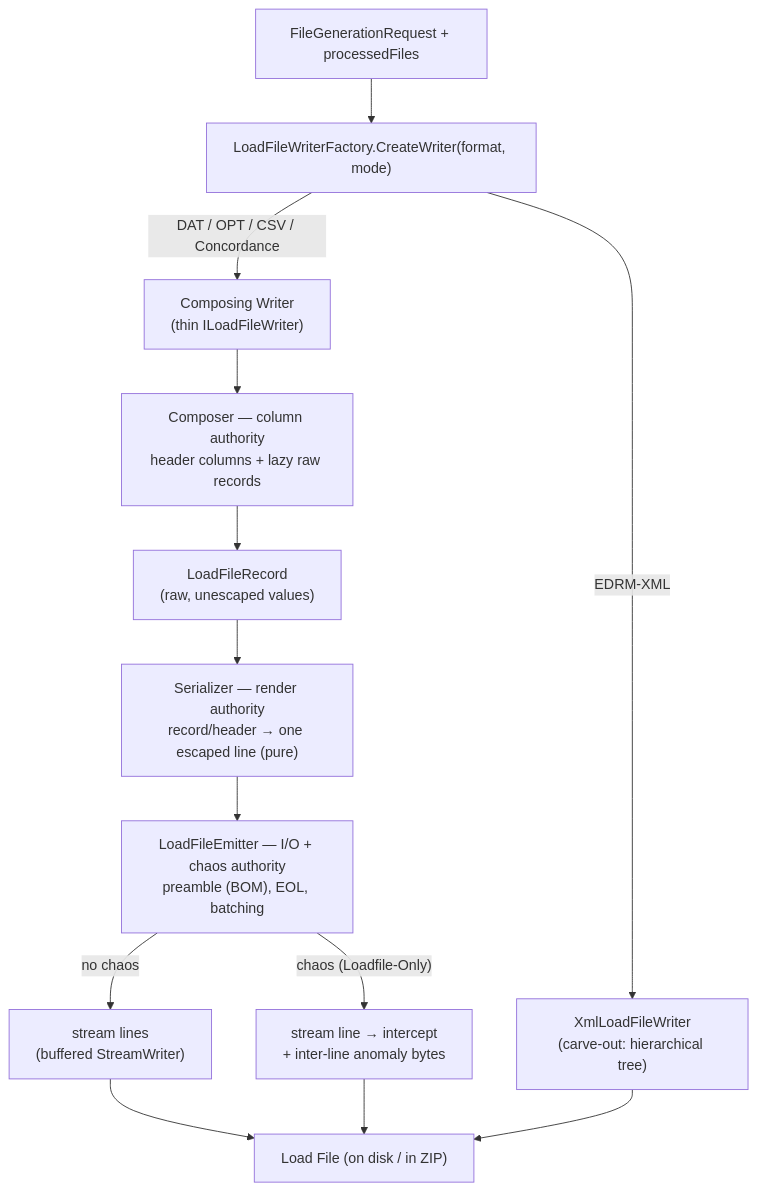
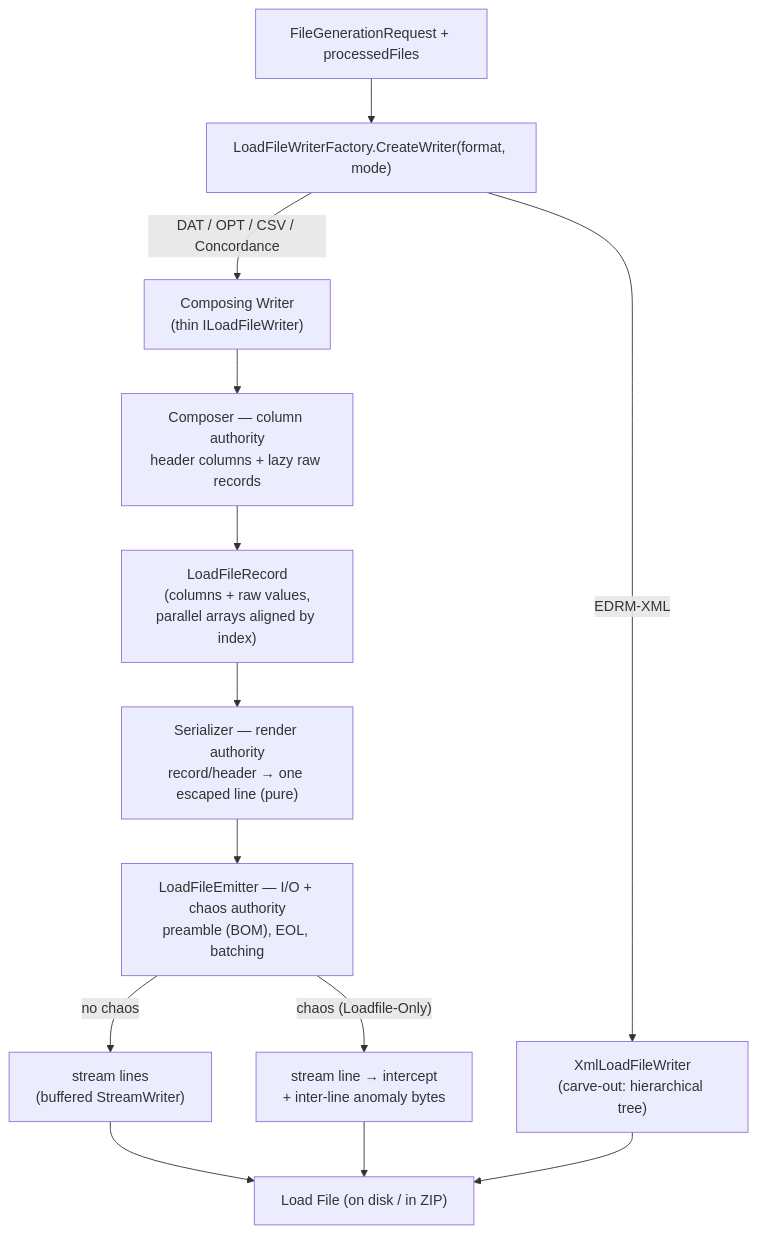
The third of 3 diagrams in docs/architecture.md (dwojtaszek/zipper), drawn with Mermaid before and after one commit. The commit also changed other lines of this file and 12 other files, not shown here.

First line of the commit message:
perf: replace per-record Dictionary with parallel arrays in LoadFileRecord

````diff
--- a/docs/architecture.md
+++ b/docs/architecture.md
@@ -164,19 +164,19 @@
 ```mermaid
 graph TD
     Req["FileGenerationRequest + processedFiles"]
     Req --> Factory["LoadFileWriterFactory.CreateWriter(format, mode)"]
     Factory -->|"DAT / OPT / CSV / Concordance"| CW["Composing Writer<br/>(thin ILoadFileWriter)"]
     Factory -->|"EDRM-XML"| XML["XmlLoadFileWriter<br/>(carve-out: hierarchical tree)"]
 
     CW --> Comp["Composer — column authority<br/>header columns + lazy raw records"]
-    Comp --> Rec["LoadFileRecord<br/>(raw, unescaped values)"]
+    Comp --> Rec["LoadFileRecord<br/>(columns + raw values,<br/>parallel arrays aligned by index)"]
     Rec --> Ser["Serializer — render authority<br/>record/header → one escaped line (pure)"]
     Ser --> Emit["LoadFileEmitter — I/O + chaos authority<br/>preamble (BOM), EOL, batching"]
 
     Emit -->|"no chaos"| Stream["stream lines<br/>(buffered StreamWriter)"]
     Emit -->|"chaos (Loadfile-Only)"| ChaosP["stream line → intercept<br/>+ inter-line anomaly bytes"]
 
     Stream --> Out["Load File (on disk / in ZIP)"]
     ChaosP --> Out
     XML --> Out
 ```
````
